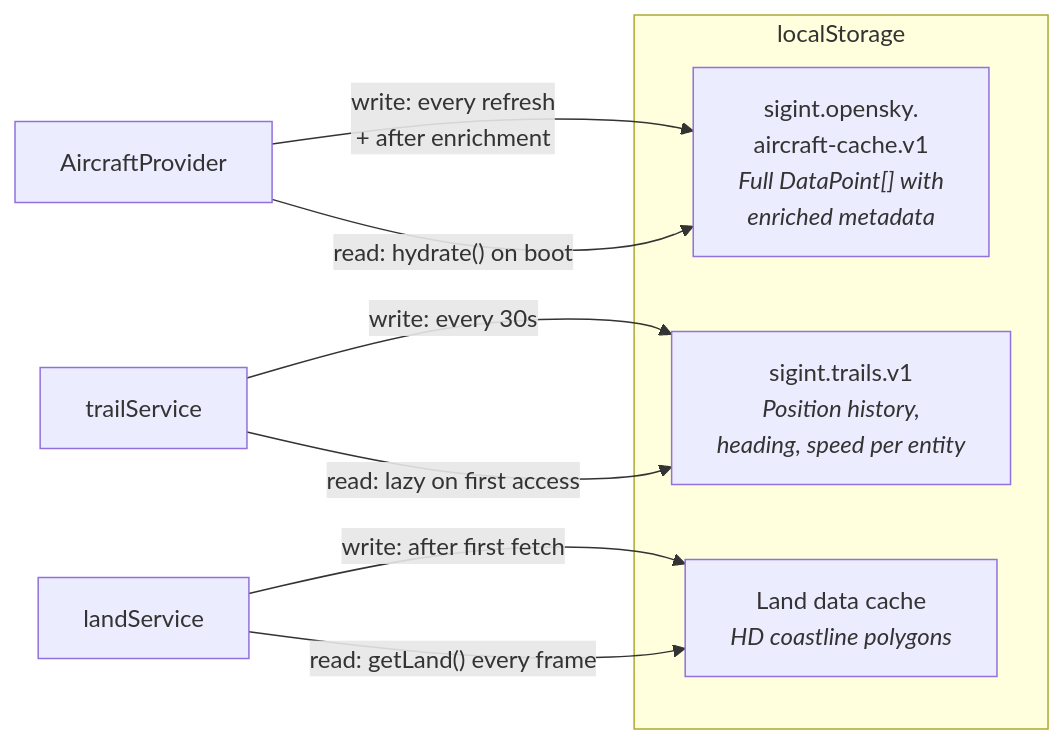
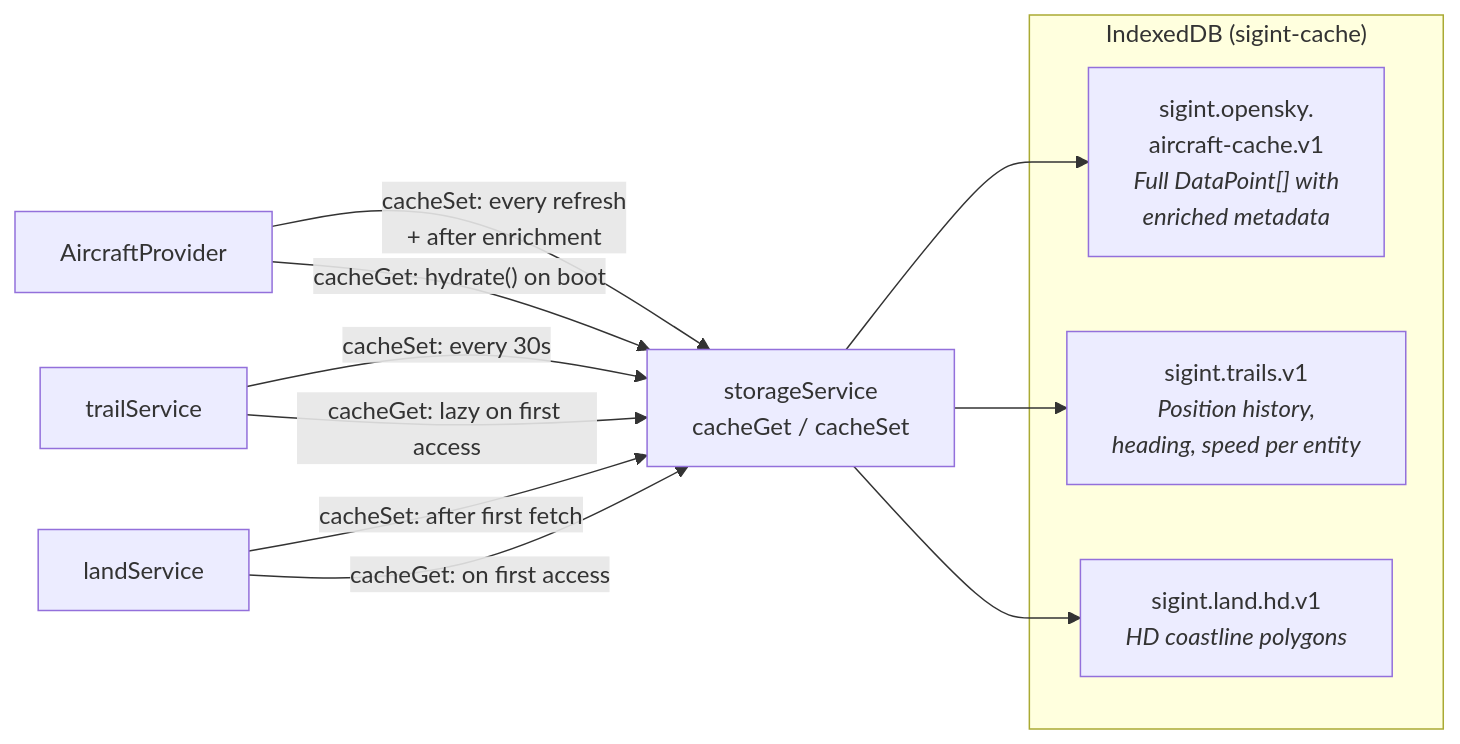
Before and after one commit to iiTONELOC/sigint: the fifth of 14 diagrams in docs/architecture.md, drawn with Mermaid. The commit also changed other lines of this file and 39 other files, not shown here.

````diff
--- a/docs/architecture.md
+++ b/docs/architecture.md
@@ -258,17 +269,23 @@
 ```mermaid
 flowchart LR
-    subgraph "localStorage"
+    subgraph "IndexedDB (sigint-cache)"
         AC["sigint.opensky.<br/>aircraft-cache.v1<br/><i>Full DataPoint[] with<br/>enriched metadata</i>"]
         TR["sigint.trails.v1<br/><i>Position history,<br/>heading, speed per entity</i>"]
-        LD["Land data cache<br/><i>HD coastline polygons</i>"]
+        LD["sigint.land.hd.v1<br/><i>HD coastline polygons</i>"]
     end
 
-    Provider["AircraftProvider"] -->|"write: every refresh<br/>+ after enrichment"| AC
-    Provider -->|"read: hydrate() on boot"| AC
+    StorageSvc["storageService<br/>cacheGet / cacheSet"]
 
-    TrailSvc["trailService"] -->|"write: every 30s"| TR
-    TrailSvc -->|"read: lazy on first access"| TR
+    Provider["AircraftProvider"] -->|"cacheSet: every refresh<br/>+ after enrichment"| StorageSvc
+    Provider -->|"cacheGet: hydrate() on boot"| StorageSvc
 
-    LandSvc["landService"] -->|"write: after first fetch"| LD
-    LandSvc -->|"read: getLand() every frame"| LD
+    TrailSvc["trailService"] -->|"cacheSet: every 30s"| StorageSvc
+    TrailSvc -->|"cacheGet: lazy on first access"| StorageSvc
+
+    LandSvc["landService"] -->|"cacheSet: after first fetch"| StorageSvc
+    LandSvc -->|"cacheGet: on first access"| StorageSvc
+
+    StorageSvc --> AC
+    StorageSvc --> TR
+    StorageSvc --> LD
 ```
````
